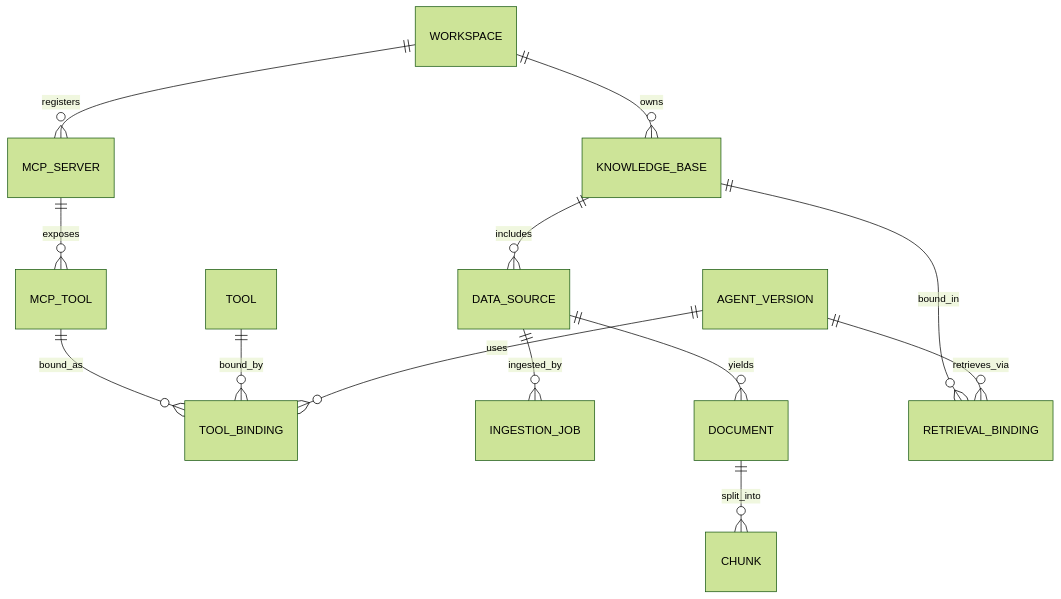
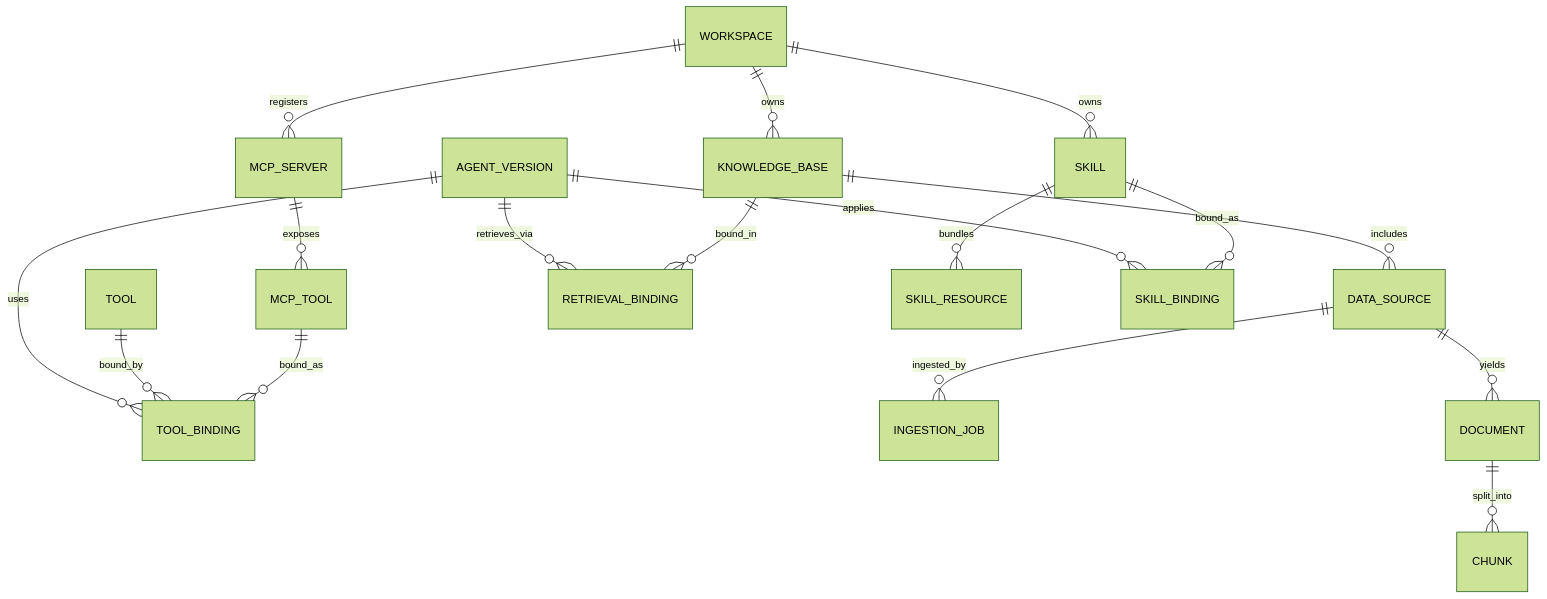
One commit to gargraman/agent-catalyst changed the second of 3 diagrams in docs/spec.md. Above: the diagram before and after it, drawn with Mermaid (forest theme). The commit also changed other lines of this file and 91 other files, not shown here.

First line of the commit message:
feat(skills,mcp): skills resource, per-user MCP identity design, architecture diagrams

````diff
--- a/docs/spec.md
+++ b/docs/spec.md
@@ -191,15 +200,19 @@
 ```mermaid
 erDiagram
   AGENT_VERSION ||--o{ TOOL_BINDING : uses
   TOOL ||--o{ TOOL_BINDING : bound_by
   MCP_SERVER ||--o{ MCP_TOOL : exposes
   MCP_TOOL ||--o{ TOOL_BINDING : bound_as
   WORKSPACE ||--o{ MCP_SERVER : registers
   WORKSPACE ||--o{ KNOWLEDGE_BASE : owns
   KNOWLEDGE_BASE ||--o{ DATA_SOURCE : includes
   DATA_SOURCE ||--o{ INGESTION_JOB : ingested_by
   DATA_SOURCE ||--o{ DOCUMENT : yields
   DOCUMENT ||--o{ CHUNK : split_into
   AGENT_VERSION ||--o{ RETRIEVAL_BINDING : retrieves_via
   KNOWLEDGE_BASE ||--o{ RETRIEVAL_BINDING : bound_in
+  WORKSPACE ||--o{ SKILL : owns
+  SKILL ||--o{ SKILL_RESOURCE : bundles
+  AGENT_VERSION ||--o{ SKILL_BINDING : applies
+  SKILL ||--o{ SKILL_BINDING : bound_as
 ```
````
